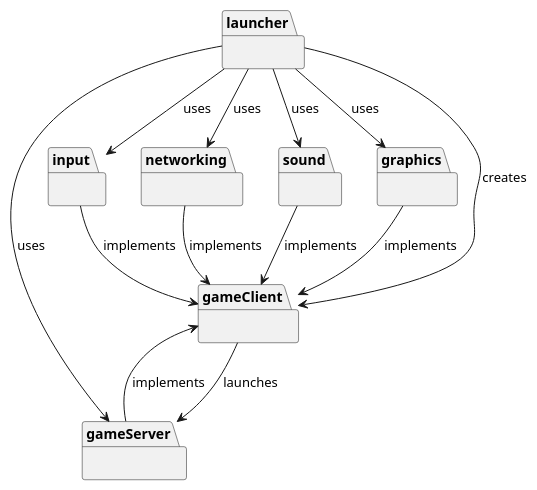
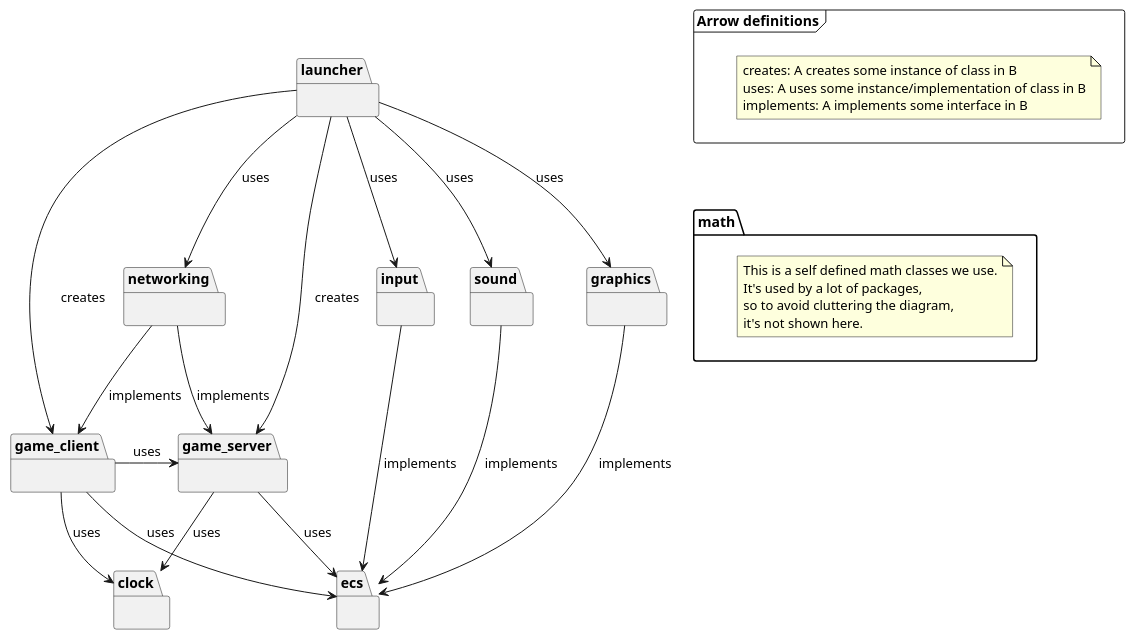
The diagram in docs/diagrams/package.puml (SverreNystad/besieged), drawn with PlantUML before and after one commit.

Commit message:
update: package uml diagram

```diff
--- a/docs/diagrams/package.puml
+++ b/docs/diagrams/package.puml
@@ -1,54 +1,72 @@
 @startuml
+
+frame "Arrow definitions" {
+    note "creates: A creates some instance of class in B\nuses: A uses some instance/implementation of class in B\nimplements: A implements some interface in B" as definitionNote
+}
+
+package "clock" {
+
+}
+
+package "ecs" {
+
+}
+
+package "game_client" {
+    
+}
+
+package "game_server" {
+
+}
+
+package "graphics" {
+    
+}
+
+package "input" {
+    
+}
 
 package "launcher" {
     
 }
 
-package "gameClient" {
-    
-}
-
-package "gameServer" {
-
-}
-
-package "input" {
-    
+package "math" {
+    note "This is a self defined math classes we use.\nIt's used by a lot of packages,\nso to avoid cluttering the diagram,\nit's not shown here." as mathNote
 }
 
 package "networking" {
     
 }
 
 package "sound" {
     
 }
 
-' package "utils" {
-    
-' }
+math -[hidden]up-> "Arrow definitions"
 
-package "graphics" {
-    
-}
-
-launcher --> gameClient : creates
+launcher --> game_client : creates
+launcher --> game_server : creates
 
 launcher --> input : uses
+launcher --> graphics : uses
+launcher --> sound : uses
 launcher --> networking : uses
-launcher --> sound : uses
-' launcher --> utils : uses
-launcher --> graphics : uses
-launcher --> gameServer : uses
 
-input --> gameClient : implements
-networking --> gameClient : implements
-sound --> gameClient : implements
-' utils --> gameClient : implements
-graphics --> gameClient : implements
-gameServer --> gameClient : implements
+graphics --> ecs : implements
+input --> ecs : implements
+sound --> ecs : implements
 
-gameClient --> gameServer : launches
+networking --> game_client : implements
+networking --> game_server : implements
 
+game_client -down-> ecs : uses
+game_server -down-> ecs : uses
+
+game_server --> clock : uses
+game_client --> clock : uses
+
+game_client -right-> game_server : uses
 
 @enduml
```
